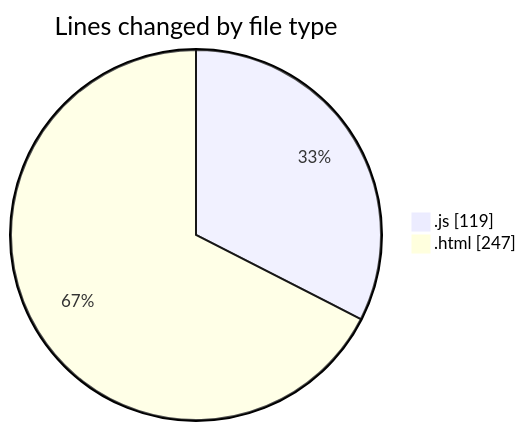
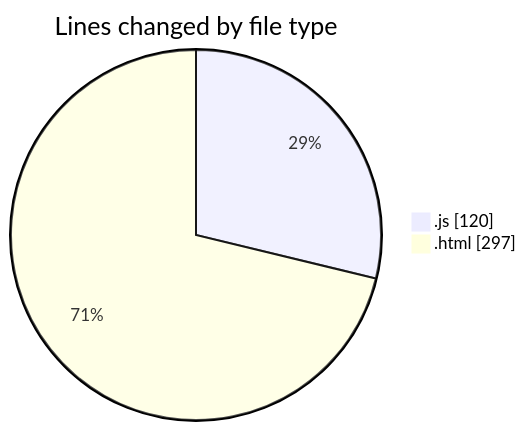
The first of 2 diagrams in 2025-08-15/javascript/README.md (Ritupan-Deka/code-tracking), drawn with Mermaid before and after one commit. The commit also changed other lines of this file and 1 other file, not shown here.

````diff
--- a/2025-08-15/javascript/README.md
+++ b/2025-08-15/javascript/README.md
@@ -22,6 +24,6 @@
 ```mermaid
 pie showData
 title Lines changed by file type
-".js" : 119
-".html" : 247
+".js" : 120
+".html" : 297
 ```
````
